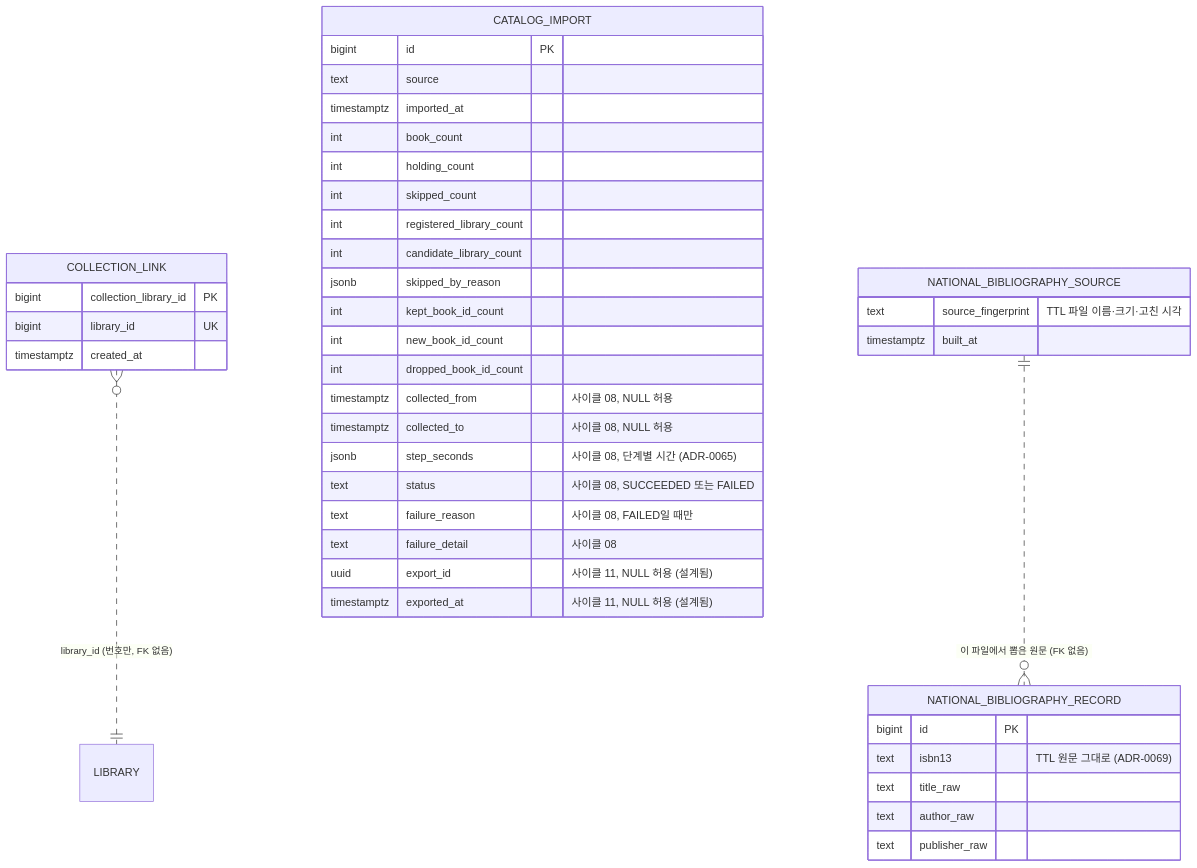
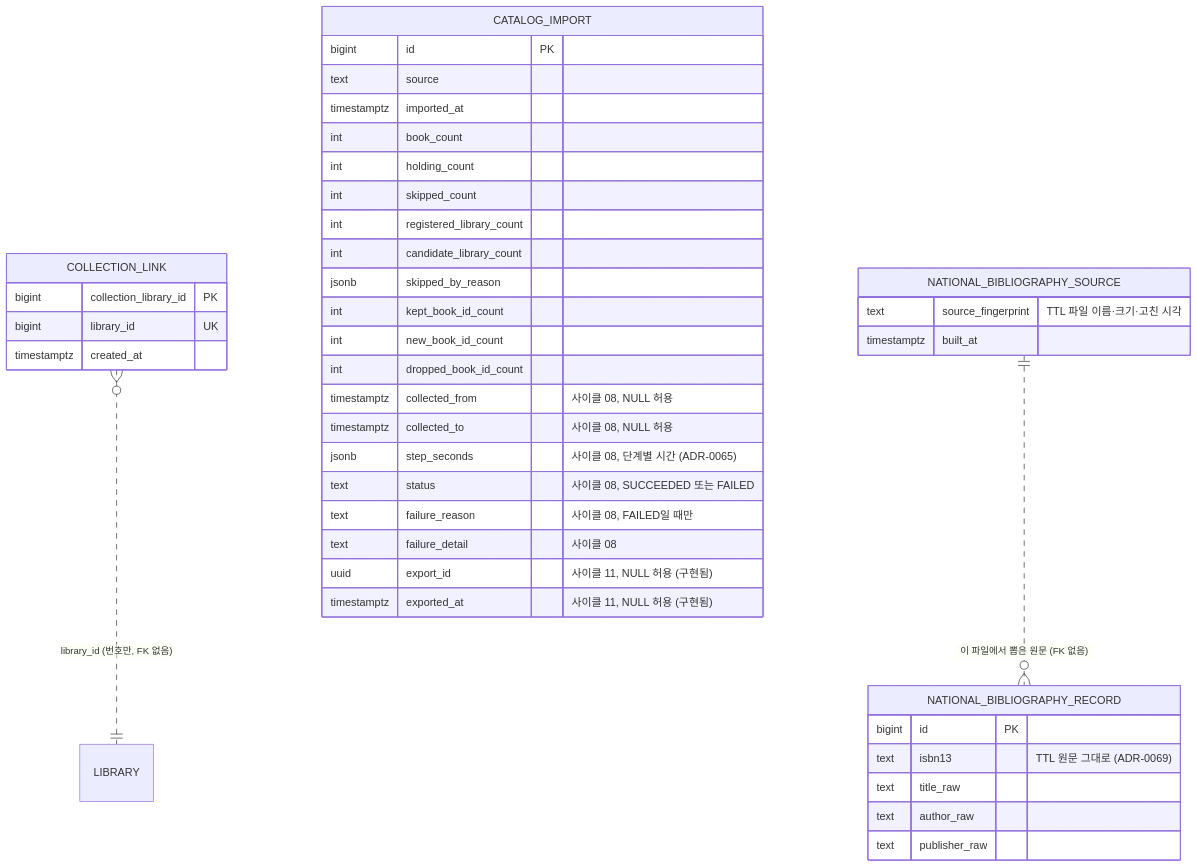
One commit to hodu-sketch/chaekcheck-plan changed the fourth of 7 diagrams in docs/current/data-model.md. Above: the diagram before and after it, drawn with Mermaid. The commit also changed other lines of this file and 9 other files, not shown here.

````diff
--- a/docs/current/data-model.md
+++ b/docs/current/data-model.md
@@ -348,43 +355,43 @@
 ```mermaid
 erDiagram
   COLLECTION_LINK {
     bigint collection_library_id PK
     bigint library_id UK
     timestamptz created_at
   }
   CATALOG_IMPORT {
     bigint id PK
     text source
     timestamptz imported_at
     int book_count
     int holding_count
     int skipped_count
     int registered_library_count
     int candidate_library_count
     jsonb skipped_by_reason
     int kept_book_id_count
     int new_book_id_count
     int dropped_book_id_count
     timestamptz collected_from "사이클 08, NULL 허용"
     timestamptz collected_to "사이클 08, NULL 허용"
     jsonb step_seconds "사이클 08, 단계별 시간 (ADR-0065)"
     text status "사이클 08, SUCCEEDED 또는 FAILED"
     text failure_reason "사이클 08, FAILED일 때만"
     text failure_detail "사이클 08"
-    uuid export_id "사이클 11, NULL 허용 (설계됨)"
-    timestamptz exported_at "사이클 11, NULL 허용 (설계됨)"
+    uuid export_id "사이클 11, NULL 허용 (구현됨)"
+    timestamptz exported_at "사이클 11, NULL 허용 (구현됨)"
   }
   NATIONAL_BIBLIOGRAPHY_RECORD {
     bigint id PK
     text isbn13 "TTL 원문 그대로 (ADR-0069)"
     text title_raw
     text author_raw
     text publisher_raw
   }
   NATIONAL_BIBLIOGRAPHY_SOURCE {
     text source_fingerprint "TTL 파일 이름·크기·고친 시각"
     timestamptz built_at
   }
   COLLECTION_LINK }o..|| LIBRARY : "library_id (번호만, FK 없음)"
   NATIONAL_BIBLIOGRAPHY_SOURCE ||..o{ NATIONAL_BIBLIOGRAPHY_RECORD : "이 파일에서 뽑은 원문 (FK 없음)"
 ```
````
